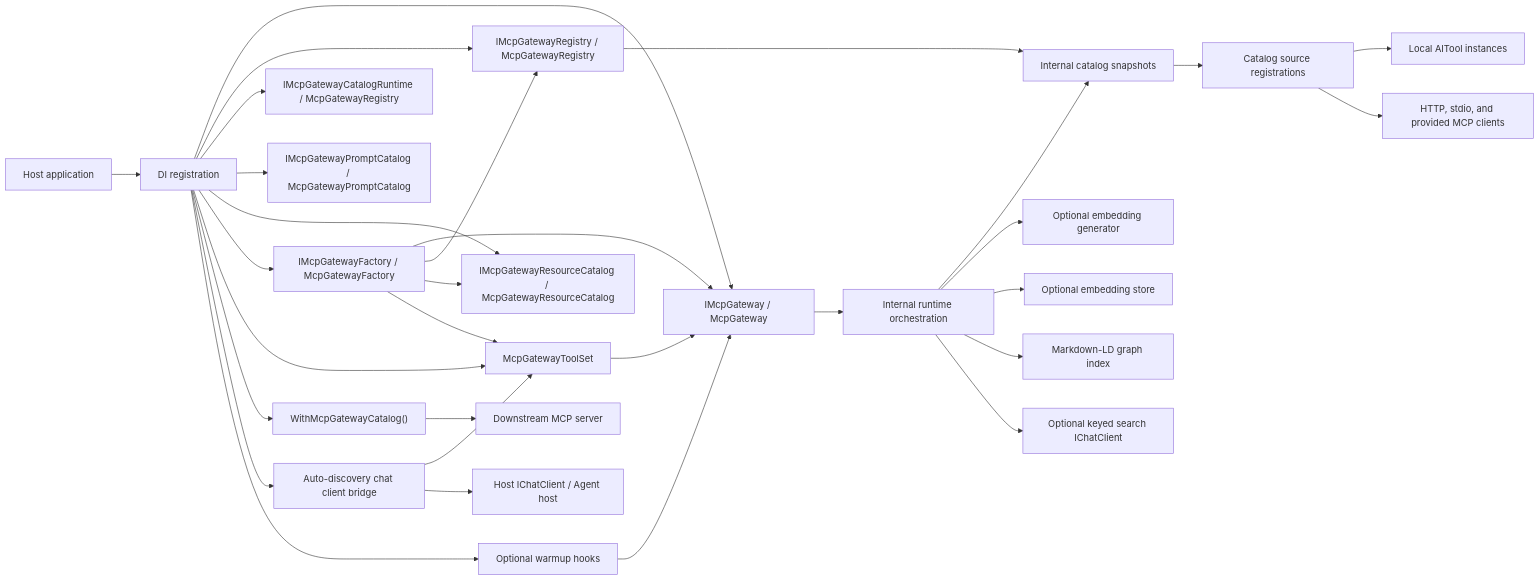
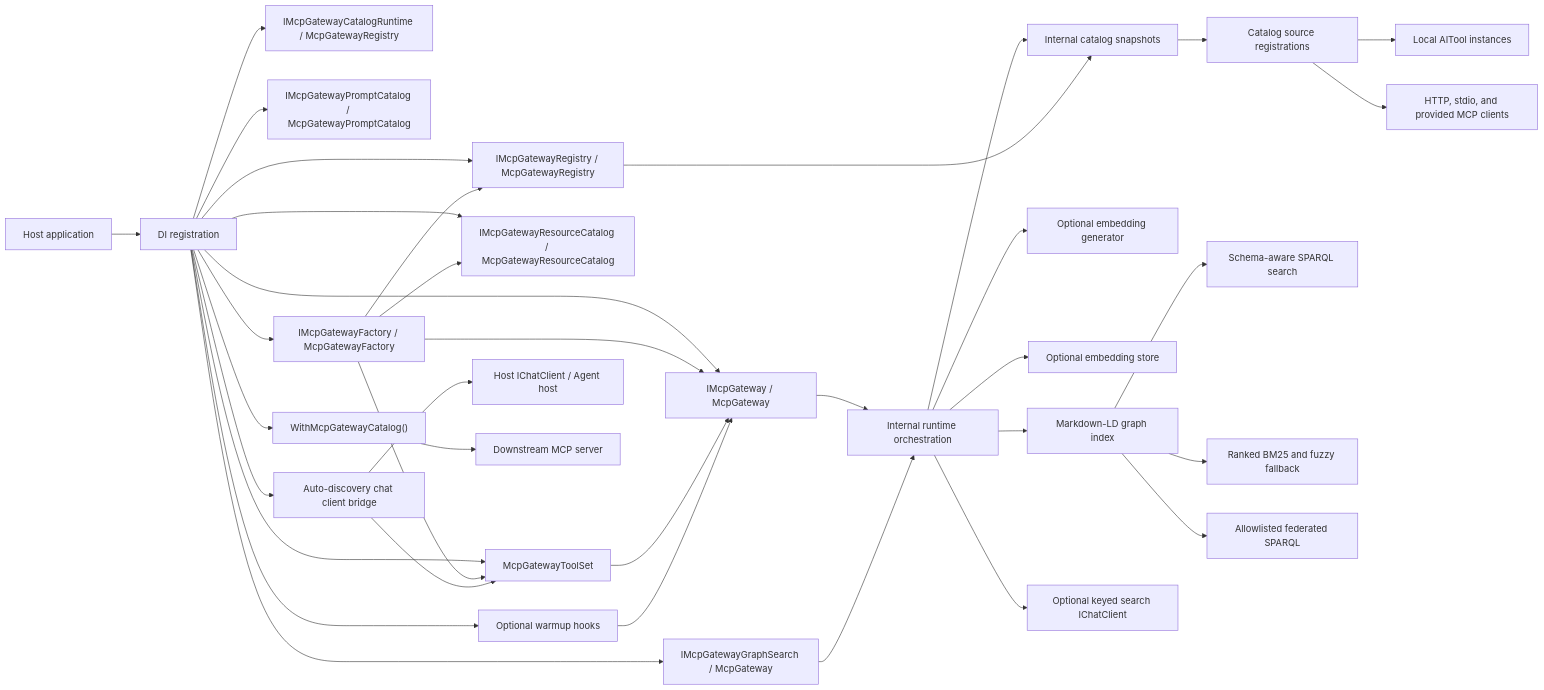
One commit to managedcode/MCPGateway changed the second of 4 diagrams in docs/Architecture/Overview.md. Above: the diagram before and after it, drawn with Mermaid. The commit also changed other lines of this file and 66 other files, not shown here.

Commit message:
Optimize schema-aware graph search

````diff
--- a/docs/Architecture/Overview.md
+++ b/docs/Architecture/Overview.md
@@ -57,33 +65,38 @@
 ```mermaid
 flowchart LR
     Host["Host application"] --> DI["DI registration"]
     DI --> Facade["IMcpGateway / McpGateway"]
     DI --> Registry["IMcpGatewayRegistry / McpGatewayRegistry"]
     DI --> CatalogRuntime["IMcpGatewayCatalogRuntime / McpGatewayRegistry"]
+    DI --> GraphSearch["IMcpGatewayGraphSearch / McpGateway"]
     DI --> PromptCatalog["IMcpGatewayPromptCatalog / McpGatewayPromptCatalog"]
     DI --> ResourceCatalog["IMcpGatewayResourceCatalog / McpGatewayResourceCatalog"]
     DI --> Factory["IMcpGatewayFactory / McpGatewayFactory"]
     DI --> ToolSet["McpGatewayToolSet"]
     DI --> McpServerExport["WithMcpGatewayCatalog()"]
     DI --> AutoDiscovery["Auto-discovery chat client bridge"]
     DI --> Warmup["Optional warmup hooks"]
     Factory --> Facade
     Factory --> Registry
     Factory --> ResourceCatalog
     Factory --> ToolSet
     ToolSet --> Facade
     AutoDiscovery --> ToolSet
     AutoDiscovery --> HostChat["Host IChatClient / Agent host"]
     Warmup --> Facade
     Facade --> Runtime["Internal runtime orchestration"]
+    GraphSearch --> Runtime
     Runtime --> Catalog["Internal catalog snapshots"]
     Registry --> Catalog
     Catalog --> Sources["Catalog source registrations"]
     Sources --> Local["Local AITool instances"]
     Sources --> MCP["HTTP, stdio, and provided MCP clients"]
     McpServerExport --> ExportedMcp["Downstream MCP server"]
     Runtime --> Embedder["Optional embedding generator"]
     Runtime --> Store["Optional embedding store"]
     Runtime --> Graph["Markdown-LD graph index"]
+    Graph --> SchemaSparql["Schema-aware SPARQL search"]
+    Graph --> RankedBm25["Ranked BM25 and fuzzy fallback"]
+    Graph --> FederatedSparql["Allowlisted federated SPARQL"]
     Runtime --> Normalizer["Optional keyed search IChatClient"]
 ```
````
